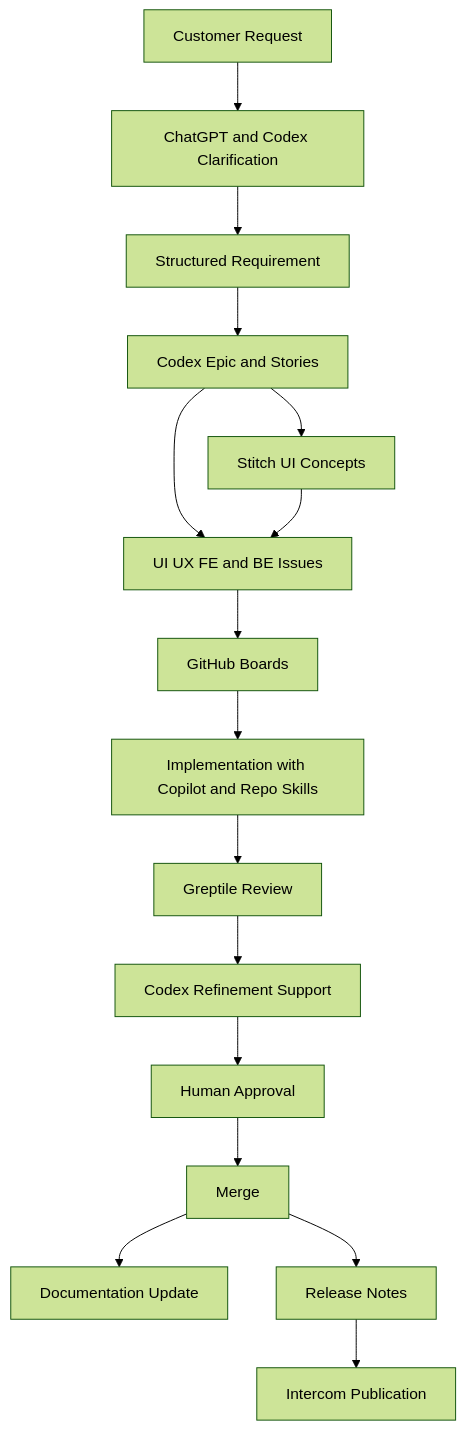
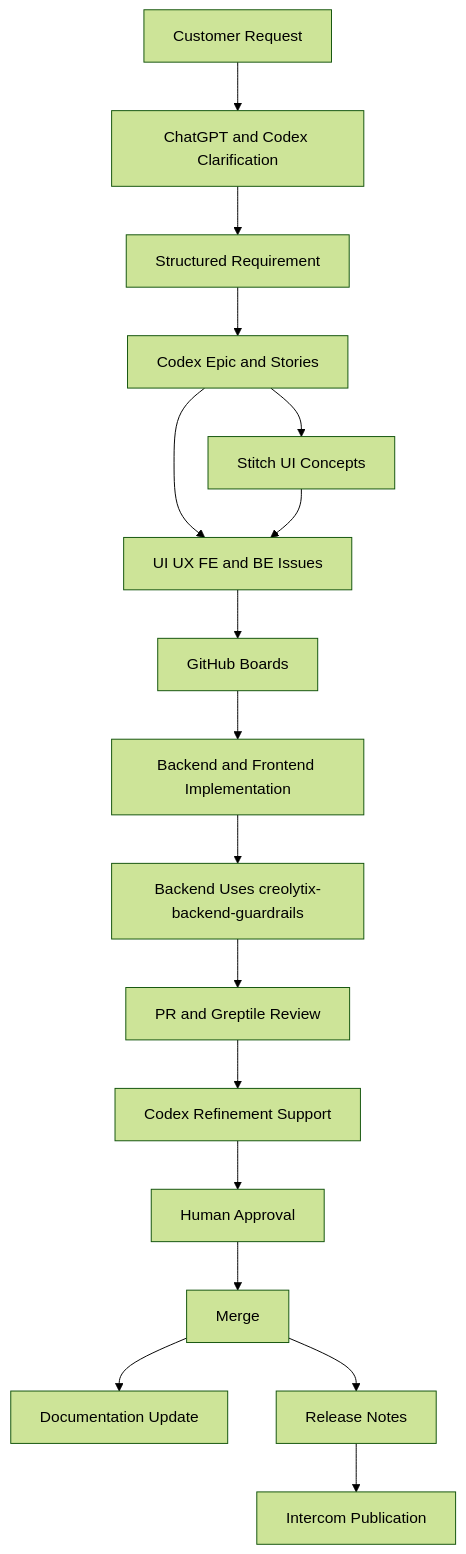
Before and after one commit to refat-asadullah-creolytix-dev/refat-asadullah-creolytix-dev: the tenth of 23 diagrams in creolytix-ai-delivery-model.md, drawn with Mermaid (forest theme). The commit also changed other lines of this file, not shown here.

First line of the commit message:
Refine AI delivery model documentation for clarity

````diff
--- a/creolytix-ai-delivery-model.md
+++ b/creolytix-ai-delivery-model.md
@@ -358,18 +415,19 @@
 ```mermaid
 flowchart TD
     A[Customer Request] --> B[ChatGPT and Codex Clarification]
     B --> C[Structured Requirement]
     C --> D[Codex Epic and Stories]
     D --> E[Stitch UI Concepts]
     D --> F[UI UX FE and BE Issues]
     E --> F
     F --> G[GitHub Boards]
-    G --> H[Implementation with Copilot and Repo Skills]
-    H --> I[Greptile Review]
-    I --> J[Codex Refinement Support]
-    J --> K[Human Approval]
-    K --> L[Merge]
-    L --> M[Documentation Update]
-    L --> N[Release Notes]
-    N --> O[Intercom Publication]
+    G --> H[Backend and Frontend Implementation]
+    H --> I[Backend Uses creolytix-backend-guardrails]
+    I --> J[PR and Greptile Review]
+    J --> K[Codex Refinement Support]
+    K --> L[Human Approval]
+    L --> M[Merge]
+    M --> N[Documentation Update]
+    M --> O[Release Notes]
+    O --> P[Intercom Publication]
 ```
````
